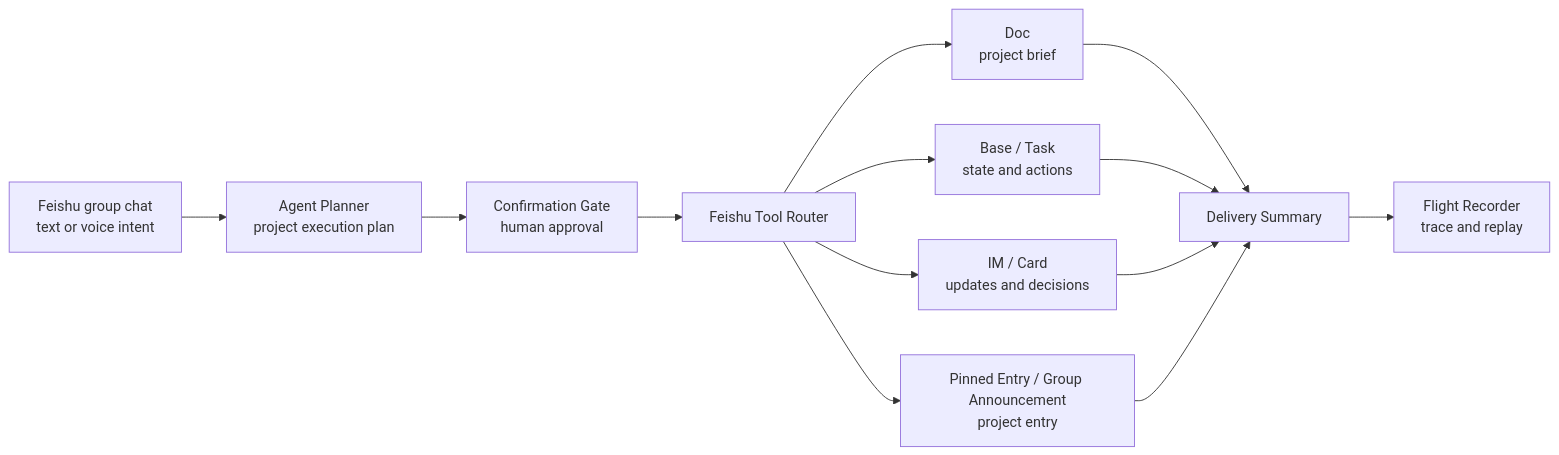
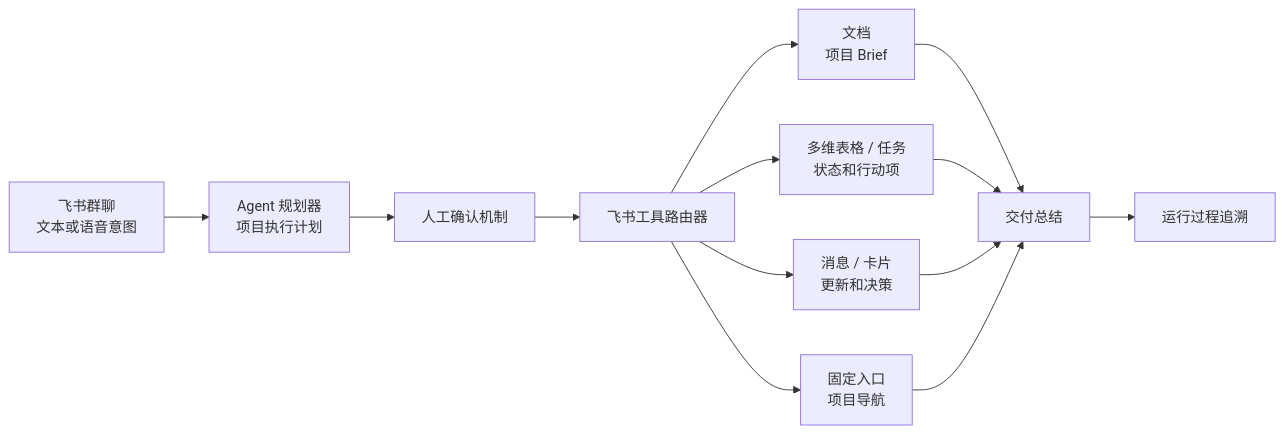
The second of 3 diagrams in README.md (DeliciousBuding/pilot-flow), drawn with Mermaid before and after one commit. The commit also changed other lines of this file and 26 other files, not shown here.

````diff
--- a/README.md
+++ b/README.md
@@ -128,15 +88,15 @@
 ```mermaid
 flowchart LR
-    A["Feishu group chat<br/>text or voice intent"] --> B["Agent Planner<br/>project execution plan"]
-    B --> C["Confirmation Gate<br/>human approval"]
-    C --> D["Feishu Tool Router"]
-    D --> E["Doc<br/>project brief"]
-    D --> F["Base / Task<br/>state and actions"]
-    D --> G["IM / Card<br/>updates and decisions"]
-    D --> H["Pinned Entry / Group Announcement<br/>project entry"]
-    E --> I["Delivery Summary"]
+    A["飞书群聊<br/>文本或语音意图"] --> B["Agent 规划器<br/>项目执行计划"]
+    B --> C["人工确认机制"]
+    C --> D["飞书工具路由器"]
+    D --> E["文档<br/>项目 Brief"]
+    D --> F["多维表格 / 任务<br/>状态和行动项"]
+    D --> G["消息 / 卡片<br/>更新和决策"]
+    D --> H["固定入口<br/>项目导航"]
+    E --> I["交付总结"]
     F --> I
     G --> I
     H --> I
-    I --> J["Flight Recorder<br/>trace and replay"]
+    I --> J["运行过程追溯"]
 ```
````
